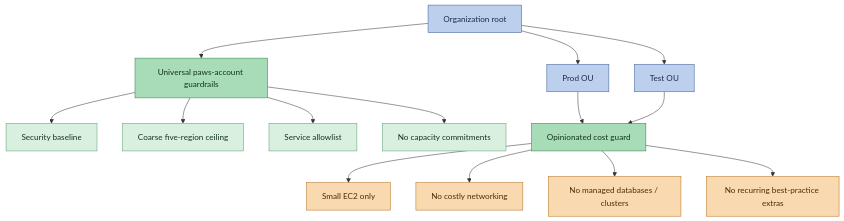
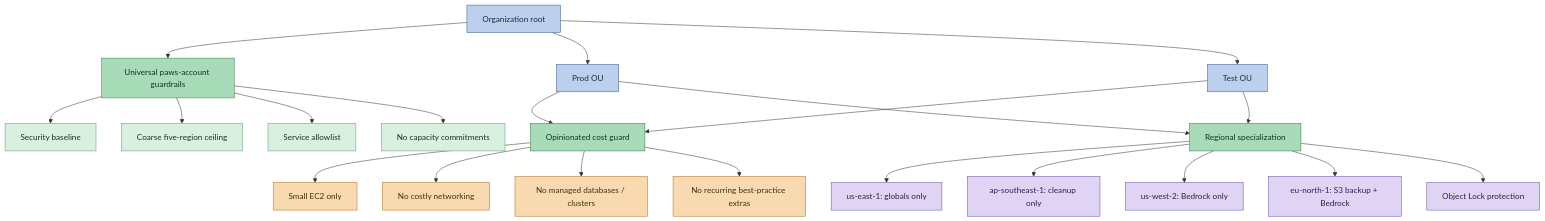
The second of 2 diagrams in README.md (realcloudnative/personal-aws-guardrails), drawn with Mermaid before and after one commit. The commit also changed other lines of this file and 1 other file, not shown here.

Commit message:
Document regional specialization SCPs and Object Lock in READMEs

````diff
--- a/README.md
+++ b/README.md
@@ -145,32 +145,43 @@
 ```mermaid
 flowchart TD
     Root[Organization root]
     Prod[Prod OU]
     Test[Test OU]
 
     Root --> Universal[Universal paws-account guardrails]
     Universal --> U1[Security baseline]
     Universal --> U2[Coarse five-region ceiling]
     Universal --> U3[Service allowlist]
     Universal --> U4[No capacity commitments]
 
     Root --> Prod
     Root --> Test
     Prod --> Opinionated[Opinionated cost guard]
     Test --> Opinionated
 
     Opinionated --> O1[Small EC2 only]
     Opinionated --> O2[No costly networking]
     Opinionated --> O3[No managed databases / clusters]
     Opinionated --> O4[No recurring best-practice extras]
 
+    Prod --> Regional[Regional specialization]
+    Test --> Regional
+
+    Regional --> R1[us-east-1: globals only]
+    Regional --> R2[ap-southeast-1: cleanup only]
+    Regional --> R3[us-west-2: Bedrock only]
+    Regional --> R4[eu-north-1: S3 backup + Bedrock]
+    Regional --> R5[Object Lock protection]
+
     classDef structure fill:#bcd0ee,stroke:#3b5b92,color:#1a2b45;
     classDef policy fill:#a8dcb8,stroke:#2f7d43,color:#12331d;
     classDef universalItem fill:#d9f0e0,stroke:#5a9e6f,color:#12331d;
     classDef opinionatedItem fill:#f8d9b0,stroke:#b3701f,color:#4a2e08;
+    classDef regionalItem fill:#e0d4f5,stroke:#6b4fa0,color:#2d1f4e;
 
     class Root,Prod,Test structure;
-    class Universal,Opinionated policy;
+    class Universal,Opinionated,Regional policy;
     class U1,U2,U3,U4 universalItem;
     class O1,O2,O3,O4 opinionatedItem;
+    class R1,R2,R3,R4,R5 regionalItem;
 ```
````
